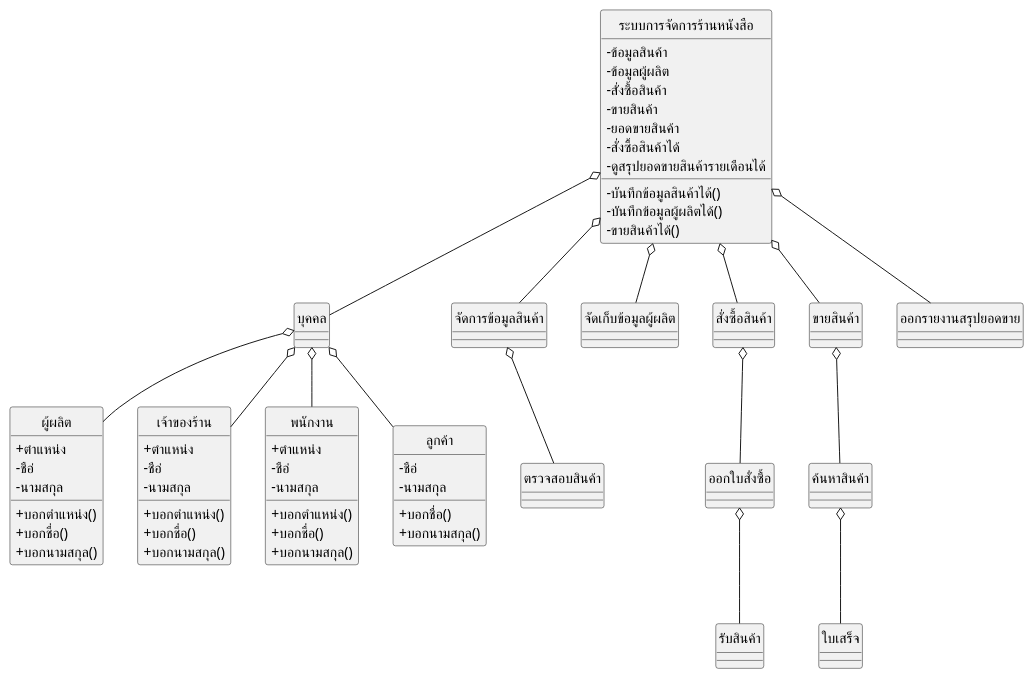
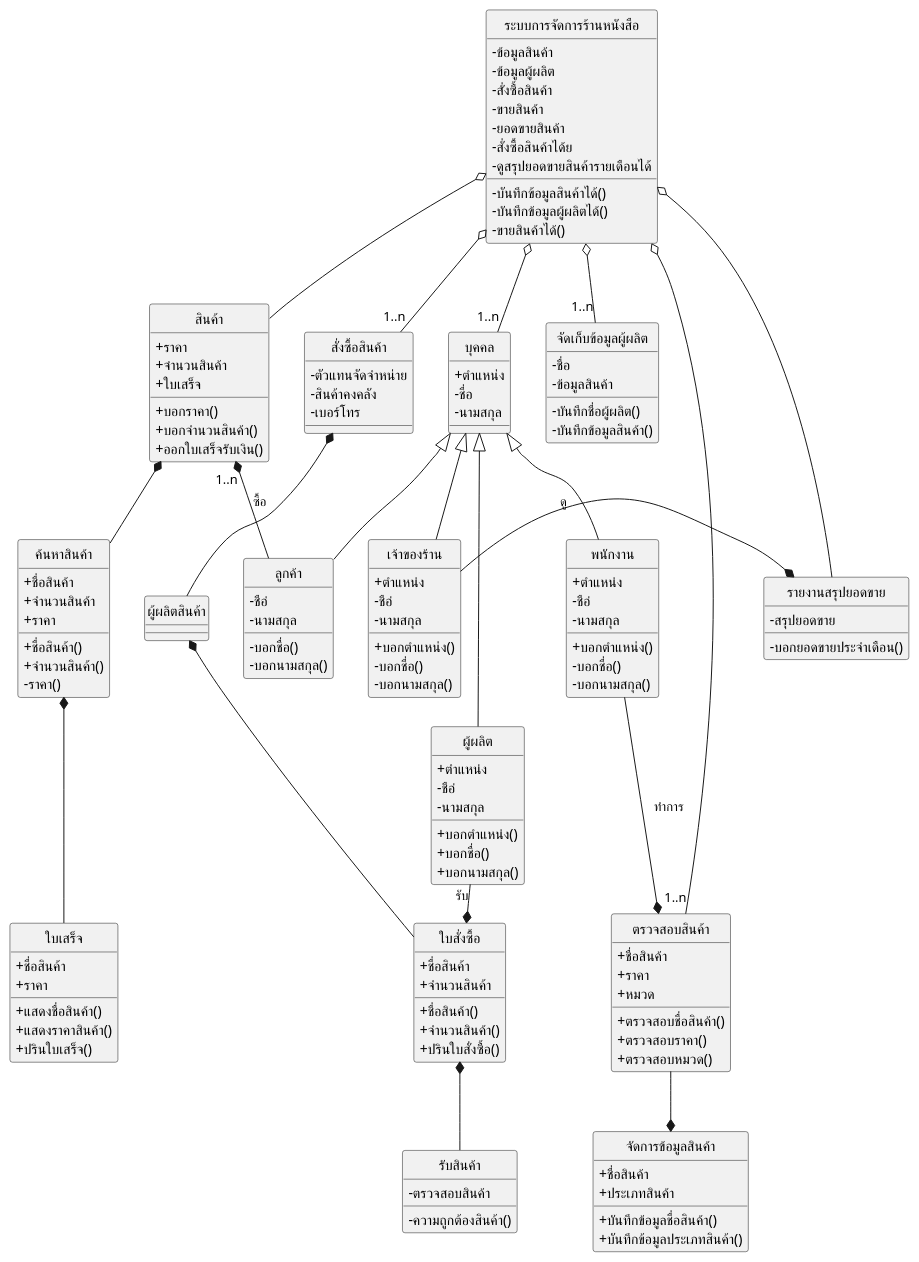
One commit to tanakorn128/Bookstore-Mamagement-System changed the diagram in 60030041/class diagram.puml. Above: the diagram before and after it, drawn with PlantUML. The commit also changed 6 other files, not shown here.

```diff
--- a/60030041/class diagram.puml
+++ b/60030041/class diagram.puml
@@ -1,101 +1,144 @@
 @startuml "Bookstore Mamagement System"
 skinparam classAttributeIconSize 0
 hide circle
 class "ผู้ผลิต"{
 +ตำแหน่ง
 -ชือ่
 -นามสกุล
 +บอกตำแหน่ง()
 +บอกชื่อ()
 +บอกนามสกุล()
 }
 
 class "ระบบการจัดการร้านหนังสือ"{
 
 -ข้อมูลสินค้า
 -ข้อมูลผู้ผลิต
 -สั่งซื้อสินค้า
 -ขายสินค้า
 -ยอดขายสินค้า
 -บันทึกข้อมูลสินค้าได้()
 -บันทึกข้อมูลผู้ผลิตได้()
--สั่งซื้อสินค้าได้
+-สั่งซื้อสินค้าได้ย
 -ขายสินค้าได้()
 -ดูสรุปยอดขายสินค้ารายเดือนได้
 
 }
 class "เจ้าของร้าน"{
 +ตำแหน่ง
 -ชือ่
 -นามสกุล
 +บอกตำแหน่ง()
-+บอกชื่อ()
-+บอกนามสกุล()
+-บอกชื่อ()
+-บอกนามสกุล()
 }
 class "พนักงาน"{
 +ตำแหน่ง
 -ชือ่
 -นามสกุล
 +บอกตำแหน่ง()
-+บอกชื่อ()
-+บอกนามสกุล()
+-บอกชื่อ()
+-บอกนามสกุล()
 }
 class "บุคคล"{
-
++ตำแหน่ง
+-ชื่อ
+-นามสกุล
 }
 class "ลูกค้า"{
 -ชือ่
 -นามสกุล
-+บอกชื่อ()
-+บอกนามสกุล()
+-บอกชื่อ()
+-บอกนามสกุล()
 }
 
 class "จัดการข้อมูลสินค้า"{
-
++ชื่อสินค้า
++ประเภทสินค้า
++บันทึกข้อมูลชื่อสินค้า()
++บันทึกข้อมูลประเภทสินค้า()
 }
 class "จัดเก็บข้อมูลผู้ผลิต"{
-
+-ชื่อ
+-ข้อมูลสินค้า
+-บันทึกชื่อผู้ผลิต()
+-บันทึกข้อมูลสินค้า()
 }
 class "สั่งซื้อสินค้า"{
+-ตัวแทนจัดจำหน่าย
+-สินค้าคงคลัง
+-เบอร์โทร
 
 }
 class "รับสินค้า"{
+-ตรวจสอบสินค้า
+-ความถูกต้องสินค้า()
+}
+class "สินค้า"{
++ราคา
++จำนวนสินค้า
++ใบเสร็จ
++บอกราคา()
++บอกจำนวนสินค้า()
++ออกใบเสร็จรับเงิน()
 
 }
-class "ขายสินค้า"{
+class "รายงานสรุปยอดขาย"{
+-สรุปยอดขาย
+-บอกยอดขายประจำเดือน()
+}
+class "ใบสั่งซื้อ"{
++ชื่อสินค้า
++จำนวนสินค้า
++ชื่อสินค้า()
++จำนวนสินค้า()
++ปรินใบสั่งซื้อ()
+}
+class "ค้นหาสินค้า"{
++ชื่อสินค้า
++จำนวนสินค้า
++ราคา
++ชื่อสินค้า()
++จำนวนสินค้า()
+-ราคา()
+}
+
+class "ใบเสร็จ"{
++ชื่อสินค้า
++ราคา
++แสดงชื่อสินค้า()
++แสดงราคาสินค้า()
++ปรินใบเสร็จ()
+}
+class "ตรวจสอบสินค้า"{
++ชื่อสินค้า
++ราคา
++หมวด
++ตรวจสอบชื่อสินค้า()
++ตรวจสอบราคา()
++ตรวจสอบหมวด()
+}
+class "ผู้ผลิตสินค้า"{
 
 }
-class "ออกรายงานสรุปยอดขาย"{
-
-}
-class "ออกใบสั่งซื้อ"{
-
-}
-class "ค้นหาสินค้า"{
-
-}
-class "ขายสินค้า"{
-
-}
-class "ตรวจสอบสินค้า"{
-
-}
-class "ใบเสร็จ"{
-
-}
-"บุคคล" o-- "พนักงาน"
-"บุคคล" o-- "เจ้าของร้าน"
-"บุคคล" o-- "ผู้ผลิต"
-"บุคคล" o-- "ลูกค้า"
-"ระบบการจัดการร้านหนังสือ" o-- "บุคคล" 
-"ระบบการจัดการร้านหนังสือ" o-- "จัดการข้อมูลสินค้า" 
-"ระบบการจัดการร้านหนังสือ" o-- "จัดเก็บข้อมูลผู้ผลิต"
-"ระบบการจัดการร้านหนังสือ" o-- "สั่งซื้อสินค้า"
-"ระบบการจัดการร้านหนังสือ" o-- "ขายสินค้า"
-"ระบบการจัดการร้านหนังสือ" o-- "ออกรายงานสรุปยอดขาย"
-"สั่งซื้อสินค้า" o-- "ออกใบสั่งซื้อ"
-"จัดการข้อมูลสินค้า" o-- "ตรวจสอบสินค้า"
-"ออกใบสั่งซื้อ" o-- "รับสินค้า"
-"ขายสินค้า" o--"ค้นหาสินค้า"
-"ค้นหาสินค้า" o-- "ใบเสร็จ"
+"บุคคล" <|-- "พนักงาน"
+"บุคคล" <|-- "เจ้าของร้าน"
+"บุคคล" <|-- "ผู้ผลิต"
+"บุคคล" <|-- "ลูกค้า"
+"ระบบการจัดการร้านหนังสือ" o-- "1..n""บุคคล" 
+"ระบบการจัดการร้านหนังสือ" o-- "1..n""ตรวจสอบสินค้า" 
+"ระบบการจัดการร้านหนังสือ" o-- "1..n""จัดเก็บข้อมูลผู้ผลิต"
+"ระบบการจัดการร้านหนังสือ" o-- "1..n""สั่งซื้อสินค้า"
+"ระบบการจัดการร้านหนังสือ" o-- "สินค้า"
+"ระบบการจัดการร้านหนังสือ" o-- "รายงานสรุปยอดขาย"
+"สั่งซื้อสินค้า" *-- "ผู้ผลิตสินค้า"
+"ผู้ผลิตสินค้า" *-- "ใบสั่งซื้อ"
+"ใบสั่งซื้อ" *-- "รับสินค้า"
+"สินค้า" *--"ค้นหาสินค้า"
+"ค้นหาสินค้า" *-- "ใบเสร็จ"
+"ลูกค้า" -left-* "1..n""สินค้า": ซื้อ
+"พนักงาน" --* "ตรวจสอบสินค้า":ทำการ
+"ตรวจสอบสินค้า" --* "จัดการข้อมูลสินค้า"
+"เจ้าของร้าน" -right-* "รายงานสรุปยอดขาย":ดู
+"ผู้ผลิต" -right-* "ใบสั่งซื้อ": รับ
 @enduml
```
